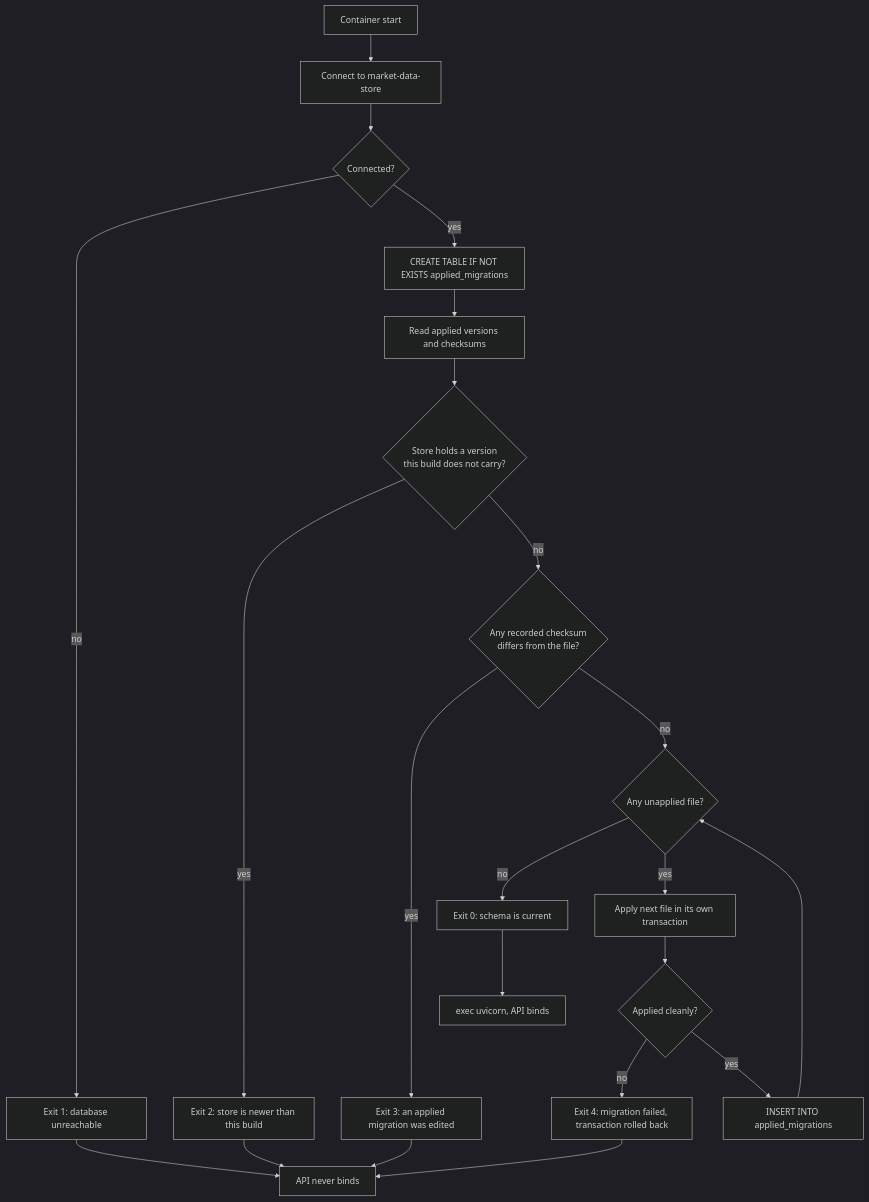
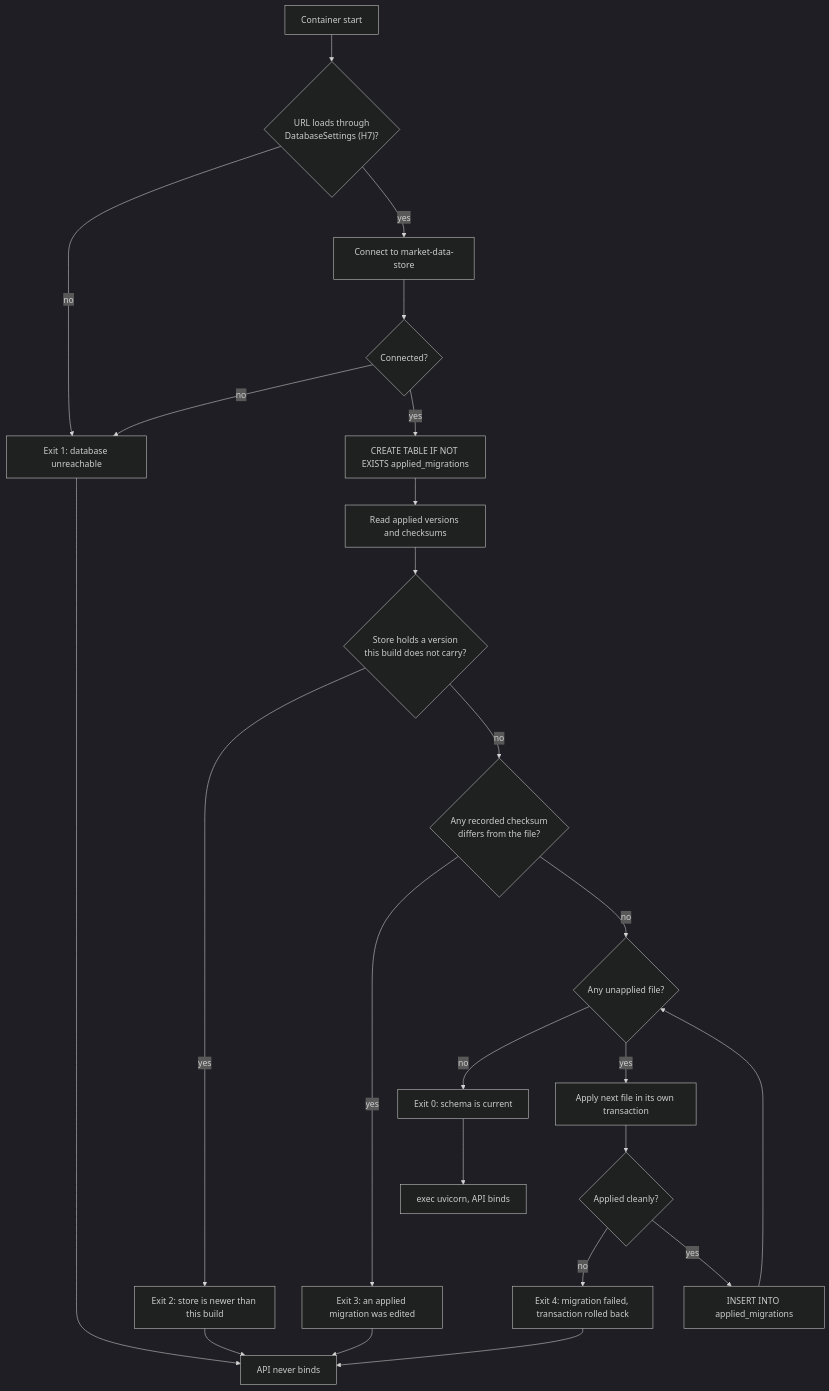
The diagram in docs/capabilities/CAP-001-market-data-acquisition-foundation/design/component-design-schema-migrator.md (ajodraca/FactorFlow-v2), drawn with Mermaid (dark theme) before and after one commit. The commit also changed other lines of this file and 2 other files, not shown here.

````diff
--- a/docs/capabilities/CAP-001-market-data-acquisition-foundation/design/component-design-schema-migrator.md
+++ b/docs/capabilities/CAP-001-market-data-acquisition-foundation/design/component-design-schema-migrator.md
@@ -154,25 +155,27 @@
 ```mermaid
 flowchart TD
-    A["Container start"] --> B["Connect to market-data-store"]
+    A["Container start"] --> V{"URL loads through<br/>DatabaseSettings (H7)?"}
+    V -->|no| Z1
+    V -->|yes| B["Connect to market-data-store"]
     B --> C{"Connected?"}
     C -->|no| Z1["Exit 1: database unreachable"]
     C -->|yes| D["CREATE TABLE IF NOT EXISTS applied_migrations"]
     D --> E["Read applied versions and checksums"]
     E --> F{"Store holds a version<br/>this build does not carry?"}
     F -->|yes| Z2["Exit 2: store is newer than this build"]
     F -->|no| G{"Any recorded checksum<br/>differs from the file?"}
     G -->|yes| Z3["Exit 3: an applied migration was edited"]
     G -->|no| H{"Any unapplied file?"}
     H -->|no| Y["Exit 0: schema is current"]
     H -->|yes| I["Apply next file in its own transaction"]
     I --> J{"Applied cleanly?"}
     J -->|no| Z4["Exit 4: migration failed, transaction rolled back"]
     J -->|yes| K["INSERT INTO applied_migrations"]
     K --> H
 
     Z1 --> X["API never binds"]
     Z2 --> X
     Z3 --> X
     Z4 --> X
     Y --> W["exec uvicorn, API binds"]
 ```
````
